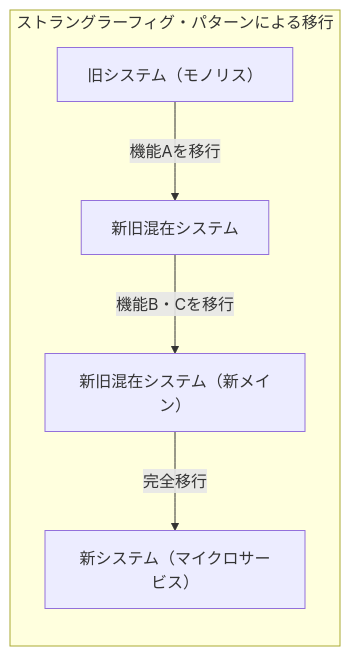
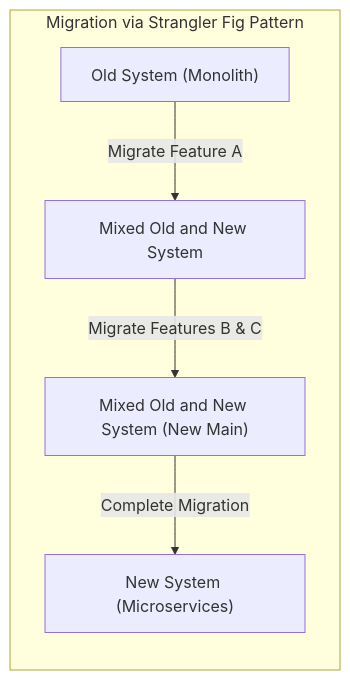
One commit to kenjinote/blog changed the first of 4 diagrams in content/post/ship-of-theseus/index.en.md. Above: the diagram before and after it, drawn with Mermaid. The commit also changed other lines of this file and 28 other files, not shown here.

Commit message:
Translate Japanese text inside Mermaid diagrams to respective languages

````diff
--- a/content/post/ship-of-theseus/index.en.md
+++ b/content/post/ship-of-theseus/index.en.md
@@ -33,8 +33,8 @@
 ```mermaid
 graph LR
-    subgraph "ストラングラーフィグ・パターンによる移行"
-        A["旧システム（モノリス）"] -->|"機能Aを移行"| B["新旧混在システム"]
-        B -->|"機能B・Cを移行"| C["新旧混在システム（新メイン）"]
-        C -->|"完全移行"| D["新システム（マイクロサービス）"]
+    subgraph "Migration via Strangler Fig Pattern"
+        A["Old System (Monolith)"] -->|"Migrate Feature A"| B["Mixed Old and New System"]
+        B -->|"Migrate Features B & C"| C["Mixed Old and New System (New Main)"]
+        C -->|"Complete Migration"| D["New System (Microservices)"]
     end
 ```
````
